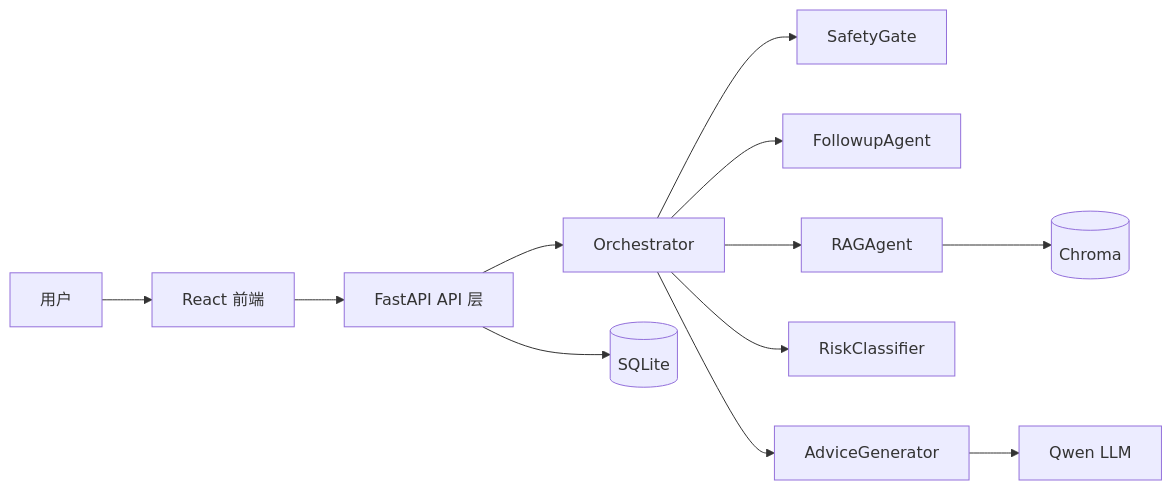
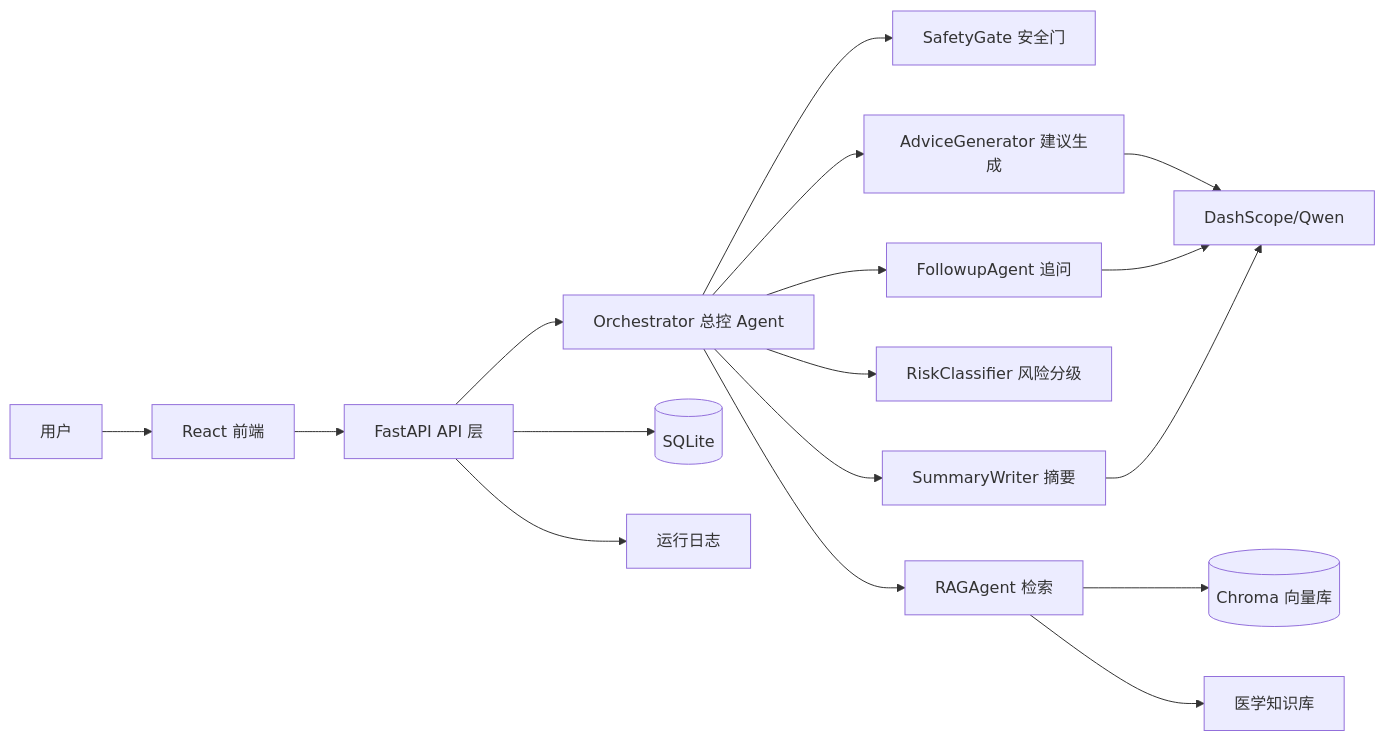
Before and after one commit to LiuChen5482436/cs599-project: the first of 2 diagrams in docs/CS599_大作业报告.md, drawn with Mermaid. The commit also changed other lines of this file and 1 other file, not shown here.

````diff
--- a/docs/CS599_大作业报告.md
+++ b/docs/CS599_大作业报告.md
@@ -67,14 +187,19 @@
 ```mermaid
 flowchart LR
     User[用户] --> Web[React 前端]
     Web --> API[FastAPI API 层]
-    API --> Orchestrator[Orchestrator]
-    Orchestrator --> Safety[SafetyGate]
-    Orchestrator --> Followup[FollowupAgent]
-    Orchestrator --> RAG[RAGAgent]
-    Orchestrator --> Risk[RiskClassifier]
-    Orchestrator --> Advice[AdviceGenerator]
-    RAG --> Chroma[(Chroma)]
-    Advice --> LLM[Qwen LLM]
+    API --> Orchestrator[Orchestrator 总控 Agent]
+    Orchestrator --> Safety[SafetyGate 安全门]
+    Orchestrator --> Followup[FollowupAgent 追问]
+    Orchestrator --> RAG[RAGAgent 检索]
+    Orchestrator --> Risk[RiskClassifier 风险分级]
+    Orchestrator --> Advice[AdviceGenerator 建议生成]
+    Orchestrator --> Summary[SummaryWriter 摘要]
+    RAG --> Chroma[(Chroma 向量库)]
+    RAG --> Docs[医学知识库]
+    Advice --> LLM[DashScope/Qwen]
+    Followup --> LLM
+    Summary --> LLM
     API --> DB[(SQLite)]
+    API --> Logs[运行日志]
 ```
````
